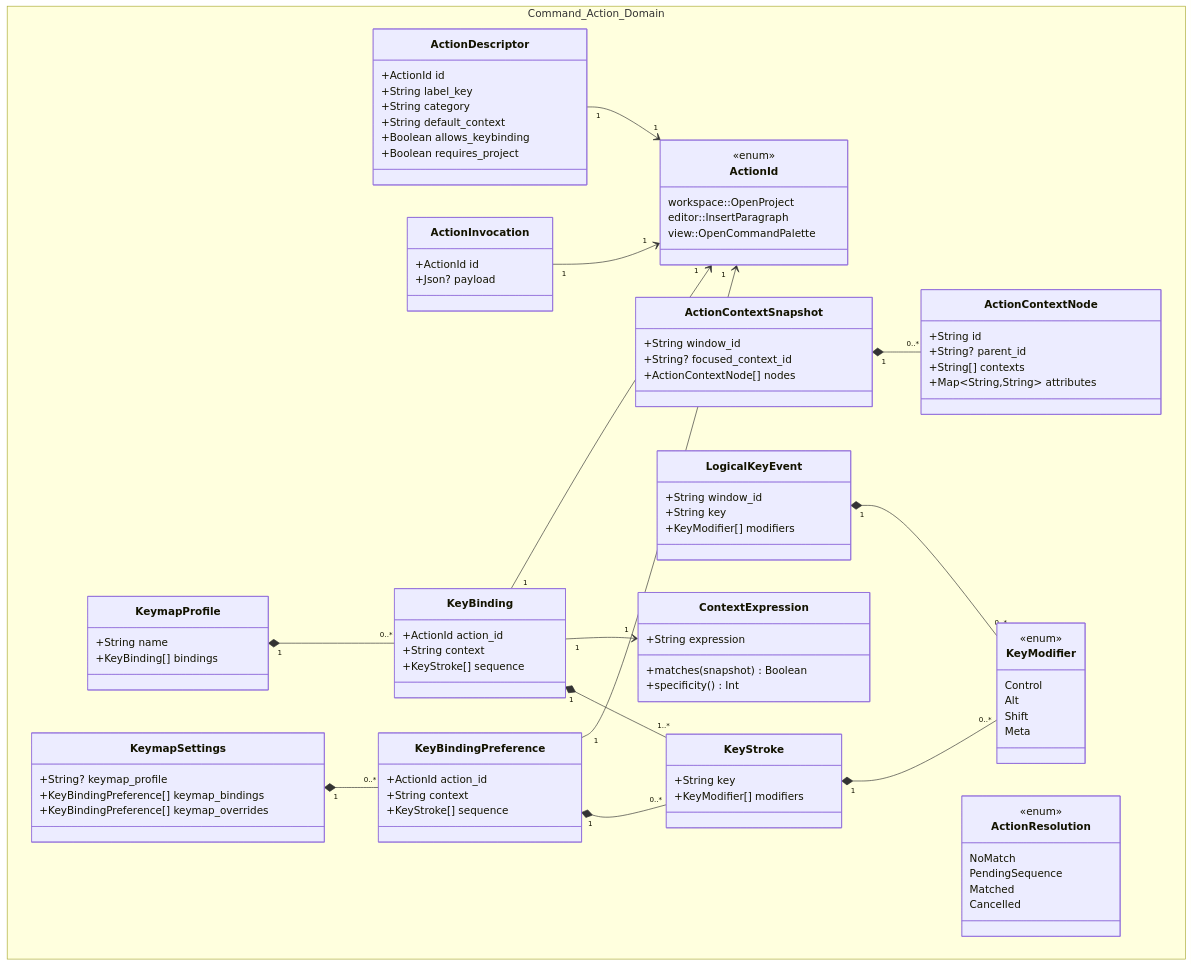
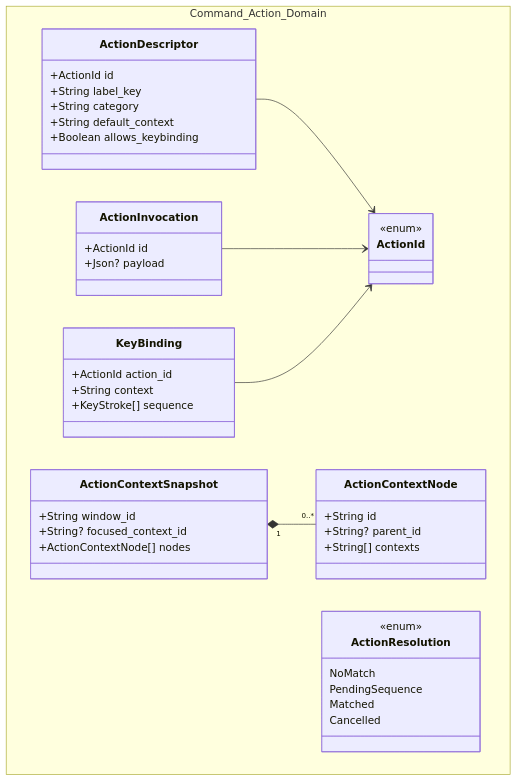
The third of 5 diagrams in context/class-diagrams.md (andmoreduro/ergo), drawn with Mermaid before and after one commit. The commit also changed other lines of this file and 12 other files, not shown here.

````diff
--- a/context/class-diagrams.md
+++ b/context/class-diagrams.md
@@ -187,9 +148,6 @@
     namespace Command_Action_Domain {
         class ActionId {
             <<enum>>
-            workspace::OpenProject
-            editor::InsertParagraph
-            view::OpenCommandPalette
         }
 
         class ActionDescriptor {
@@ -198,7 +156,6 @@
             +String category
             +String default_context
             +Boolean allows_keybinding
-            +Boolean requires_project
         }
 
         class ActionInvocation {
@@ -216,55 +173,12 @@
             +String id
             +String? parent_id
             +String[] contexts
-            +Map~String,String~ attributes
-        }
-
-        class ContextExpression {
-            +String expression
-            +matches(snapshot) Boolean
-            +specificity() Int
-        }
-
-        class LogicalKeyEvent {
-            +String window_id
-            +String key
-            +KeyModifier[] modifiers
-        }
-
-        class KeyStroke {
-            +String key
-            +KeyModifier[] modifiers
-        }
-
-        class KeyModifier {
-            <<enum>>
-            Control
-            Alt
-            Shift
-            Meta
         }
 
         class KeyBinding {
             +ActionId action_id
             +String context
             +KeyStroke[] sequence
-        }
-
-        class KeyBindingPreference {
-            +ActionId action_id
-            +String context
-            +KeyStroke[] sequence
-        }
-
-        class KeymapProfile {
-            +String name
-            +KeyBinding[] bindings
-        }
-
-        class KeymapSettings {
-            +String? keymap_profile
-            +KeyBindingPreference[] keymap_bindings
-            +KeyBindingPreference[] keymap_overrides
         }
 
         class ActionResolution {
@@ -276,16 +190,8 @@
         }
     }
 
-    ActionDescriptor "1" --> "1" ActionId
-    ActionInvocation "1" --> "1" ActionId
+    ActionDescriptor --> ActionId
+    ActionInvocation --> ActionId
     ActionContextSnapshot "1" *-- "0..*" ActionContextNode
-    LogicalKeyEvent "1" *-- "0..*" KeyModifier
-    KeyStroke "1" *-- "0..*" KeyModifier
-    KeyBinding "1" --> "1" ActionId
-    KeyBinding "1" --> "1" ContextExpression
-    KeyBinding "1" *-- "1..*" KeyStroke
-    KeyBindingPreference "1" --> "1" ActionId
-    KeyBindingPreference "1" *-- "0..*" KeyStroke
-    KeymapProfile "1" *-- "0..*" KeyBinding
-    KeymapSettings "1" *-- "0..*" KeyBindingPreference
+    KeyBinding --> ActionId
 ```
````
